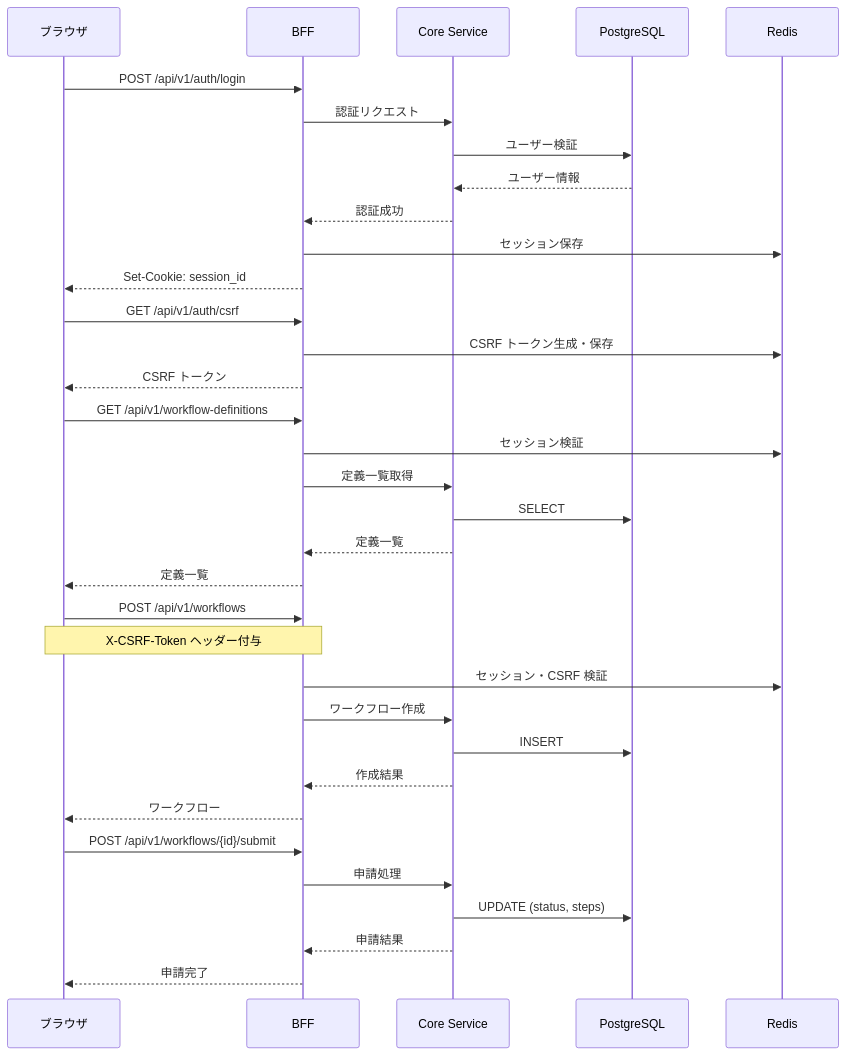
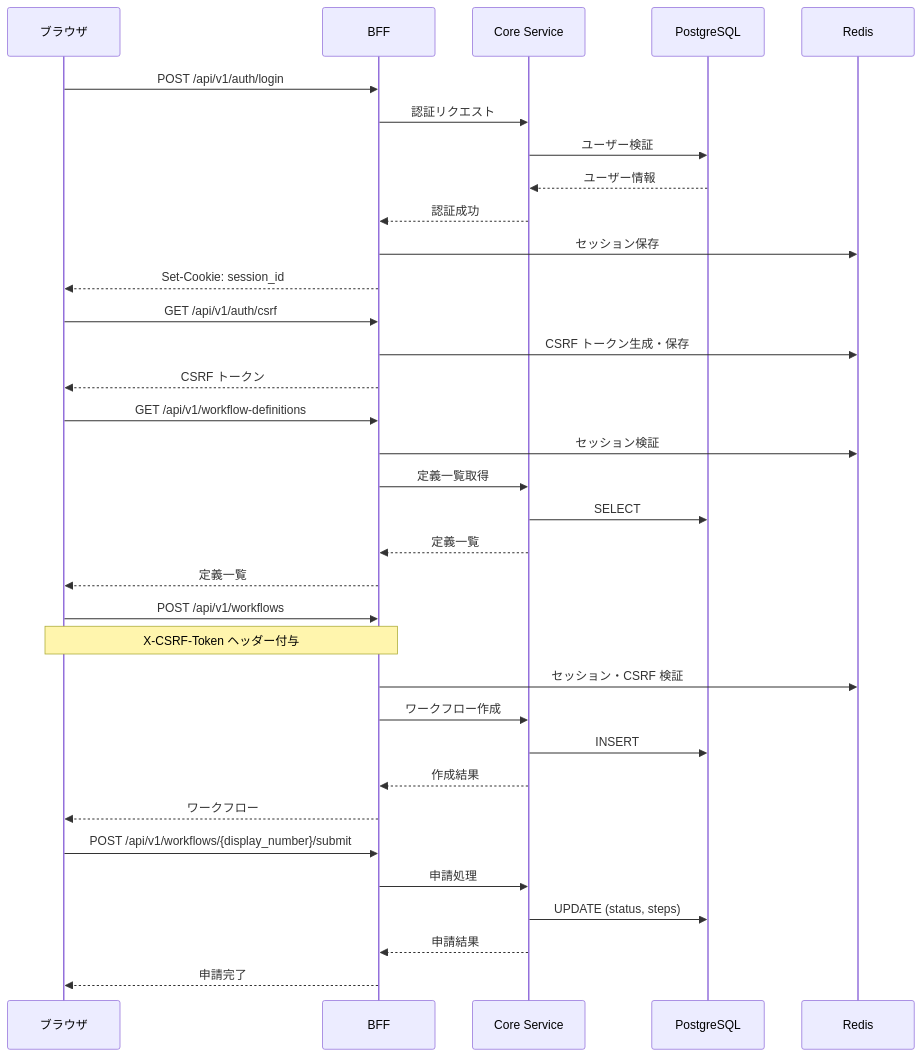
Before and after one commit to ka2kama/ringiflow: the second of 4 diagrams in docs/03_詳細設計書/03_API設計.md, drawn with Mermaid. The commit also changed other lines of this file and 130 other files, not shown here.

````diff
--- a/docs/03_詳細設計書/03_API設計.md
+++ b/docs/03_詳細設計書/03_API設計.md
@@ -686,41 +820,41 @@
 ```mermaid
 sequenceDiagram
     participant Browser as ブラウザ
     participant BFF as BFF
     participant Core as Core Service
     participant DB as PostgreSQL
     participant Redis as Redis
 
     Browser->>BFF: POST /api/v1/auth/login
     BFF->>Core: 認証リクエスト
     Core->>DB: ユーザー検証
     DB-->>Core: ユーザー情報
     Core-->>BFF: 認証成功
     BFF->>Redis: セッション保存
     BFF-->>Browser: Set-Cookie: session_id
 
     Browser->>BFF: GET /api/v1/auth/csrf
     BFF->>Redis: CSRF トークン生成・保存
     BFF-->>Browser: CSRF トークン
 
     Browser->>BFF: GET /api/v1/workflow-definitions
     BFF->>Redis: セッション検証
     BFF->>Core: 定義一覧取得
     Core->>DB: SELECT
     Core-->>BFF: 定義一覧
     BFF-->>Browser: 定義一覧
 
     Browser->>BFF: POST /api/v1/workflows
     Note over Browser,BFF: X-CSRF-Token ヘッダー付与
     BFF->>Redis: セッション・CSRF 検証
     BFF->>Core: ワークフロー作成
     Core->>DB: INSERT
     Core-->>BFF: 作成結果
     BFF-->>Browser: ワークフロー
 
-    Browser->>BFF: POST /api/v1/workflows/{id}/submit
+    Browser->>BFF: POST /api/v1/workflows/{display_number}/submit
     BFF->>Core: 申請処理
     Core->>DB: UPDATE (status, steps)
     Core-->>BFF: 申請結果
     BFF-->>Browser: 申請完了
 ```
````
